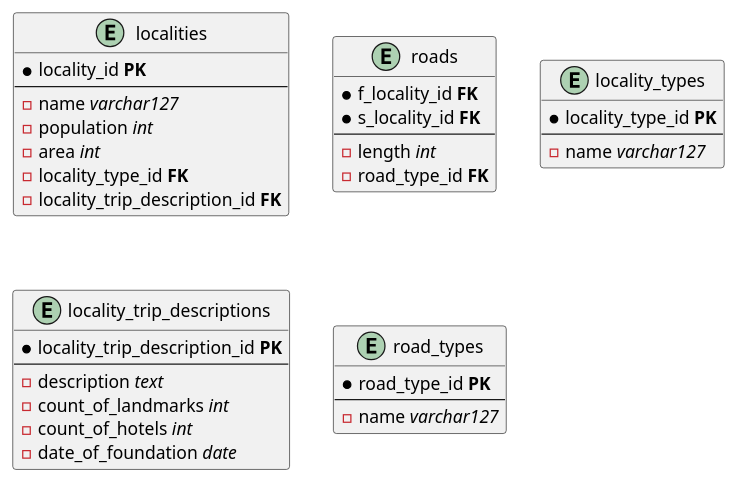
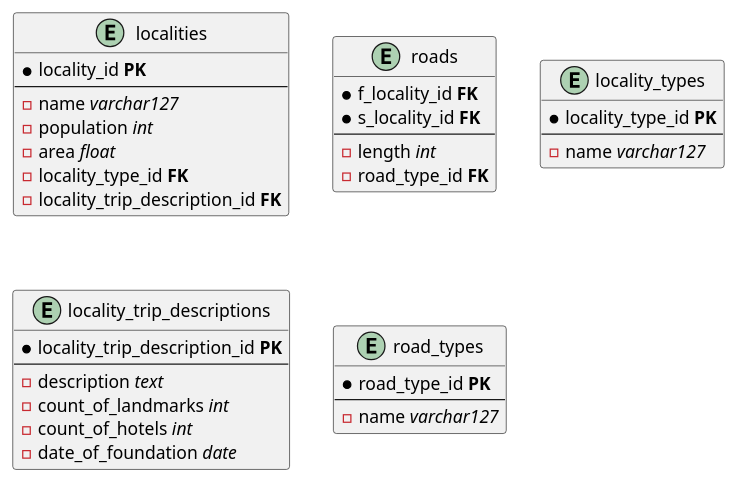
The diagram in task-1/model.puml (ruska112x/database-practice), drawn with PlantUML before and after one commit. The commit also changed 5 other files, not shown here.

```diff
--- a/task-1/model.puml
+++ b/task-1/model.puml
@@ -1,49 +1,49 @@
 @startuml Model of database
 
 entity localities {
     * locality_id **PK**
     ---
     - name //varchar127//
     - population //int//
-    - area //int//
+    - area //float//
     - locality_type_id **FK**
     - locality_trip_description_id **FK**
 }
 
 entity roads {
     * f_locality_id **FK**
     * s_locality_id **FK**
     ---
     - length //int//
     - road_type_id **FK**
 }
 
 entity locality_types {
     * locality_type_id **PK**
     ---
     - name //varchar127//
 }
 
 entity locality_trip_descriptions {
     * locality_trip_description_id **PK**
     ---
     - description //text//
     - count_of_landmarks //int//
     - count_of_hotels //int//
     - date_of_foundation //date//
 }
 
 entity road_types {
     * road_type_id **PK**
     ---
     - name //varchar127//
 }
 
 ' localities }o..o{ roads
 
 ' localities ||..o{ locality_types
 ' localities ||..o{ locality_trip_descriptions
 
 ' roads ||..o| road_types
 
 @enduml
```
